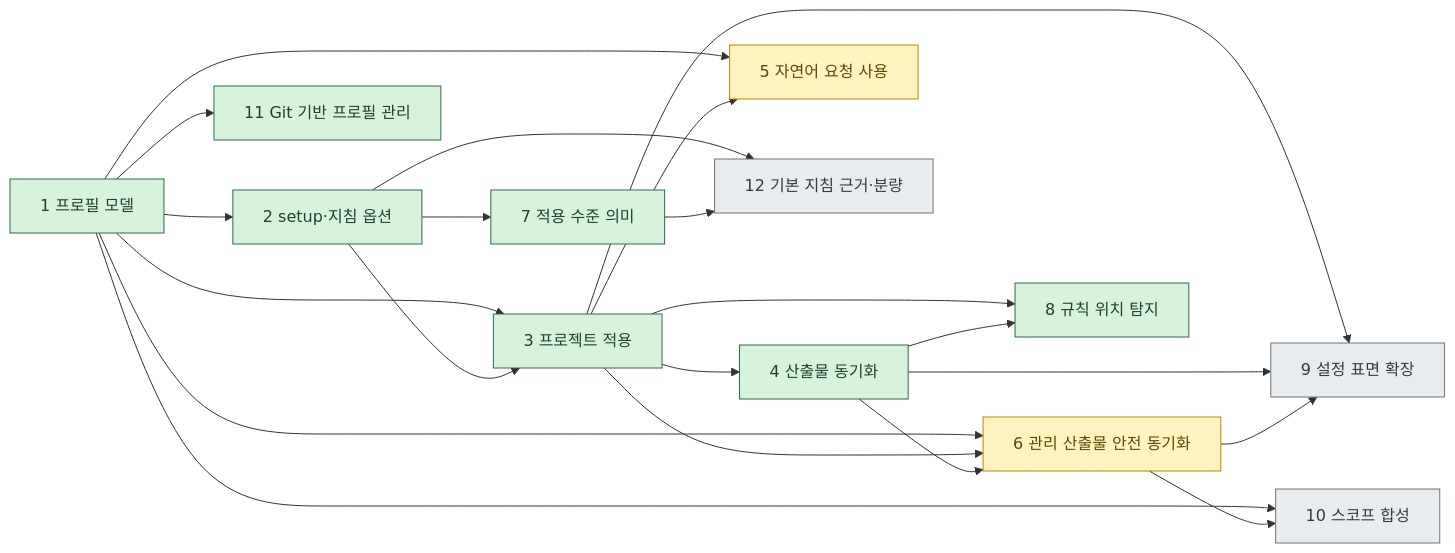
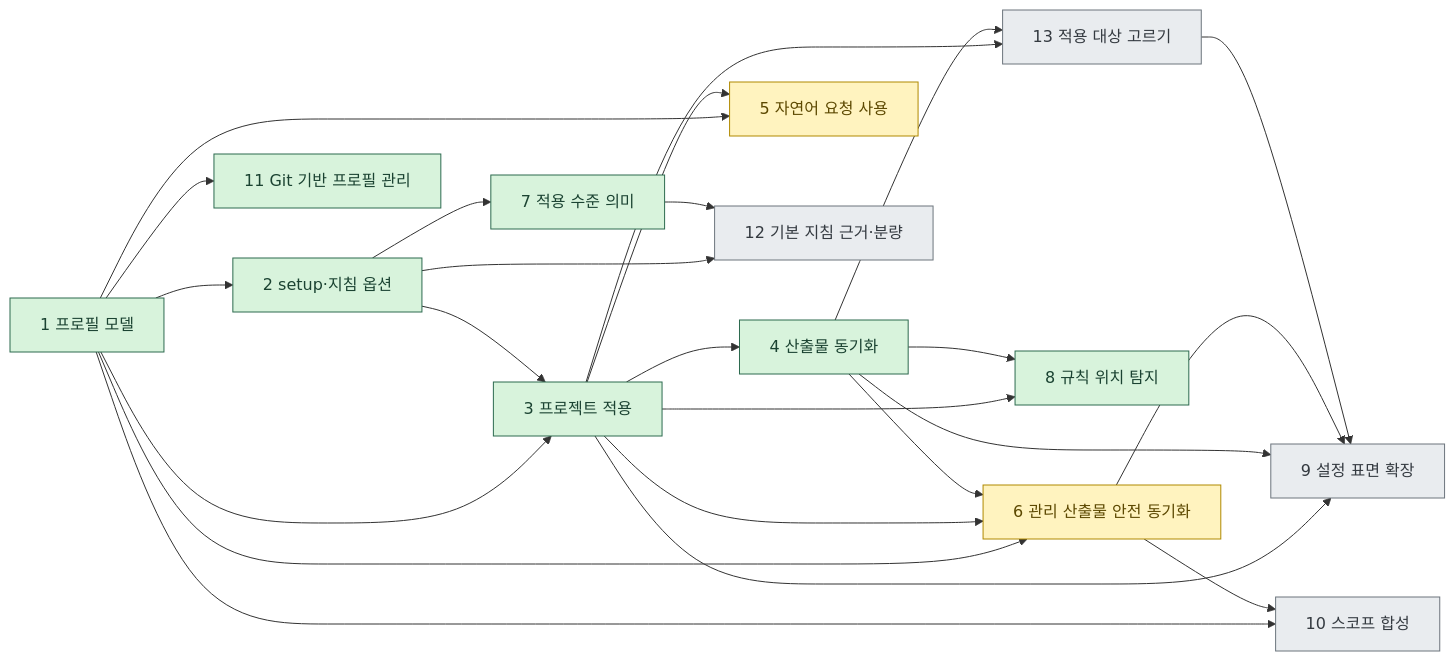
One commit to IsthisLee/agent-context-manager changed the diagram in docs/discussion/architecture/README.md. Above: the diagram before and after it, drawn with Mermaid. The commit also changed other lines of this file and 4 other files, not shown here.

````diff
--- a/docs/discussion/architecture/README.md
+++ b/docs/discussion/architecture/README.md
@@ -30,29 +31,32 @@
 ```mermaid
 flowchart LR
   S1["1 프로필 모델"] --> S2["2 setup·지침 옵션"]
   S1 --> S3["3 프로젝트 적용"]
   S2 --> S3
   S3 --> S4["4 산출물 동기화"]
   S1 --> S5["5 자연어 요청 사용"]
   S3 --> S5
   S1 --> S6["6 관리 산출물 안전 동기화"]
   S3 --> S6
   S4 --> S6
   S2 --> S7["7 적용 수준 의미"]
   S3 --> S8["8 규칙 위치 탐지"]
   S4 --> S8
   S3 --> S9["9 설정 표면 확장"]
   S4 --> S9
   S6 --> S9
   S1 --> S10["10 스코프 합성"]
   S6 --> S10
   S1 --> S11["11 Git 기반 프로필 관리"]
   S2 --> S12["12 기본 지침 근거·분량"]
   S7 --> S12
+  S3 --> S13["13 적용 대상 고르기"]
+  S4 --> S13
+  S13 --> S9
   classDef done fill:#d8f3dc,stroke:#2d6a4f,color:#1b4332
   classDef doing fill:#fff3bf,stroke:#b08900,color:#5c4800
   classDef todo fill:#e9ecef,stroke:#6c757d,color:#343a40
   class S1,S2,S3,S4,S7,S8,S11 done
   class S5,S6 doing
-  class S9,S10,S12 todo
+  class S9,S10,S12,S13 todo
 ```
````
